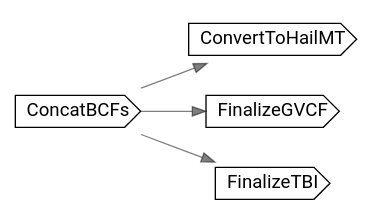
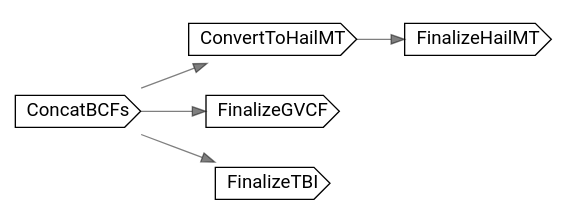
Before and after one commit to broadinstitute/long-read-pipelines: the diagram in dot/LRConvertBCF.dot, drawn with Graphviz. The commit also changed 67 other files, not shown here.

```diff
--- a/dot/LRConvertBCF.dot
+++ b/dot/LRConvertBCF.dot
@@ -1,13 +1,15 @@
 // LRConvertBCF
 digraph {
 	compound=true rankdir=LR
 	node [fontname=Roboto]
 	edge [color="#00000080"]
 	"call-ConcatBCFs" [label=ConcatBCFs shape=cds]
 	"call-ConvertToHailMT" [label=ConvertToHailMT shape=cds]
 	"call-FinalizeGVCF" [label=FinalizeGVCF shape=cds]
 	"call-FinalizeTBI" [label=FinalizeTBI shape=cds]
+	"call-FinalizeHailMT" [label=FinalizeHailMT shape=cds]
 	"call-ConcatBCFs" -> "call-ConvertToHailMT"
 	"call-ConcatBCFs" -> "call-FinalizeGVCF"
 	"call-ConcatBCFs" -> "call-FinalizeTBI"
+	"call-ConvertToHailMT" -> "call-FinalizeHailMT"
 }
```
